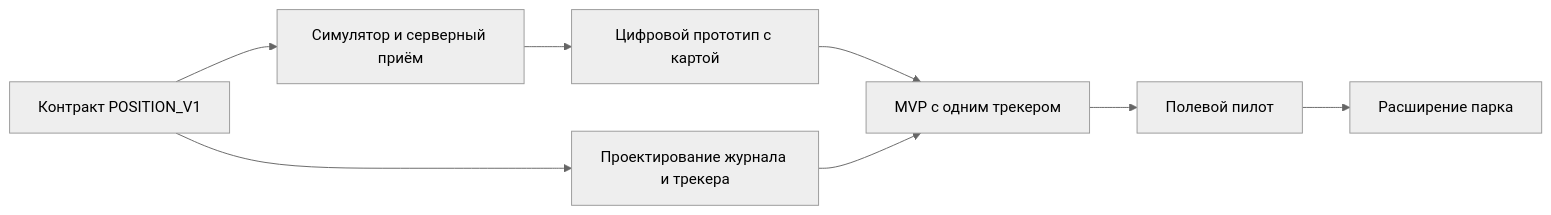
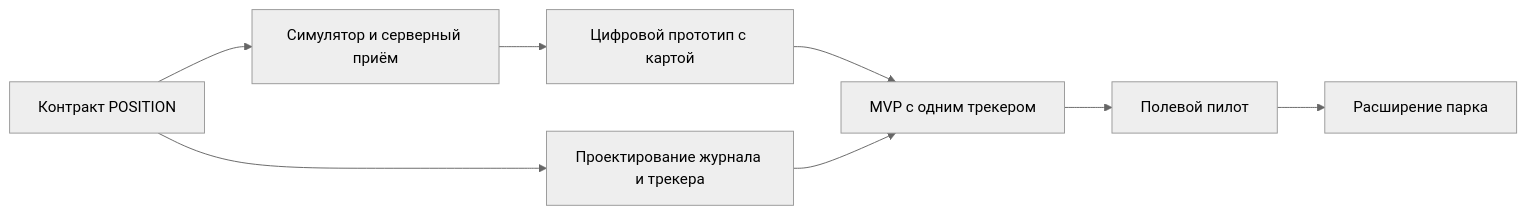
One commit to LidLowe/transport-telemetry changed the diagram in docs/ROADMAP.md. Above: the diagram before and after it, drawn with Mermaid (neutral theme). The commit also changed other lines of this file and 13 other files, not shown here.

````diff
--- a/docs/ROADMAP.md
+++ b/docs/ROADMAP.md
@@ -19,10 +19,10 @@
 ```mermaid
 flowchart LR
-    P["Контракт POSITION_V1"] --> S["Симулятор и серверный приём"]
+    P["Контракт POSITION"] --> S["Симулятор и серверный приём"]
     S --> C["Цифровой прототип с картой"]
     P --> D["Проектирование журнала и трекера"]
     C --> M["MVP с одним трекером"]
     D --> M
     M --> F["Полевой пилот"]
     F --> E["Расширение парка"]
 ```
````
